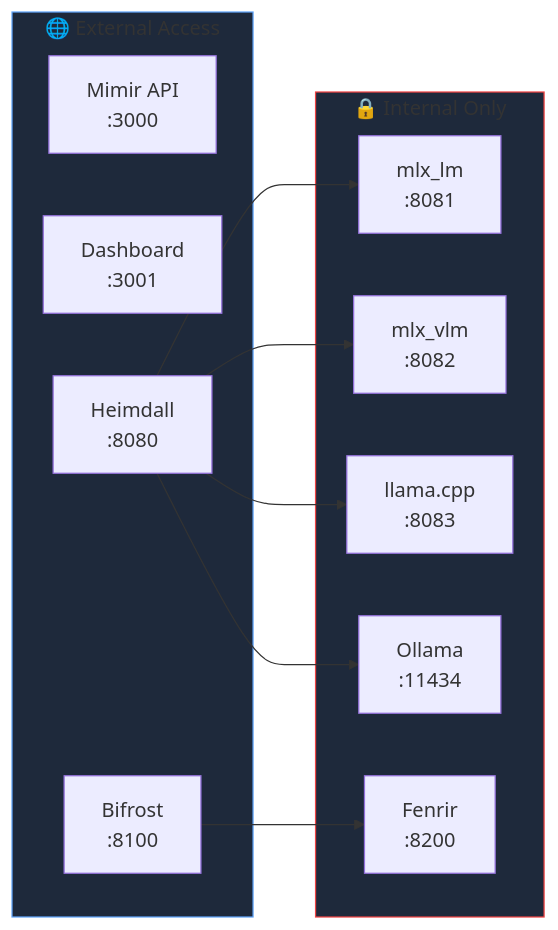
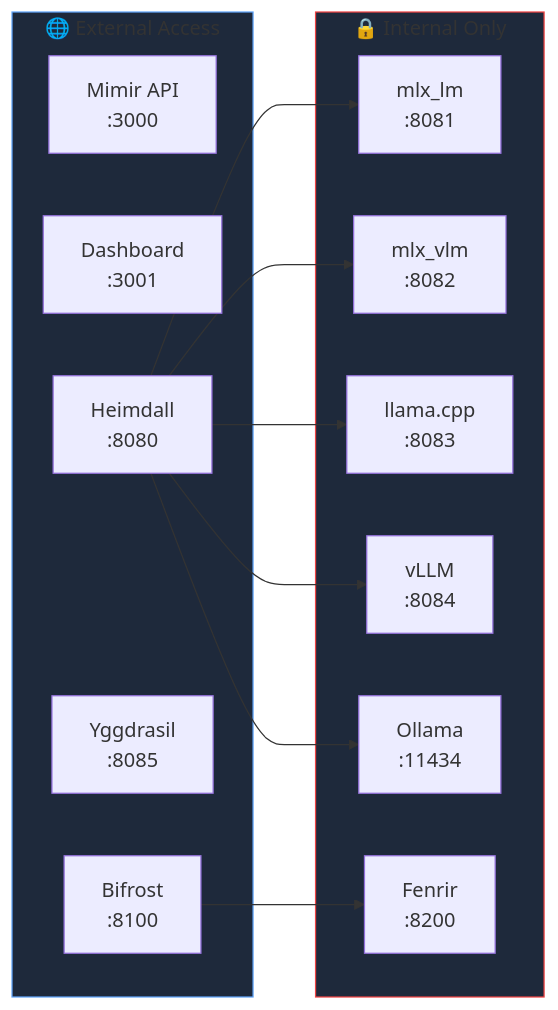
Before and after one commit to MegaWiz-Dev-Team/Asgard: the seventh of 7 diagrams in docs/architecture.md, drawn with Mermaid. The commit also changed other lines of this file and 12 other files, not shown here.

````diff
--- a/docs/architecture.md
+++ b/docs/architecture.md
@@ -275,26 +287,29 @@
 ```mermaid
 graph LR
     subgraph exposed["🌐 External Access"]
         P3000["Mimir API<br/>:3000"]
         P3001["Dashboard<br/>:3001"]
         P8080["Heimdall<br/>:8080"]
+        P8085["Yggdrasil<br/>:8085"]
         P8100["Bifrost<br/>:8100"]
     end
 
     subgraph internal["🔒 Internal Only"]
         P8081["mlx_lm<br/>:8081"]
         P8082["mlx_vlm<br/>:8082"]
         P8083["llama.cpp<br/>:8083"]
+        P8084["vLLM<br/>:8084"]
         P11434["Ollama<br/>:11434"]
         P8200["Fenrir<br/>:8200"]
     end
 
     P8080 --> P8081
     P8080 --> P8082
     P8080 --> P8083
+    P8080 --> P8084
     P8080 --> P11434
     P8100 --> P8200
 
     style exposed fill:#1e293b,stroke:#60a5fa
     style internal fill:#1e293b,stroke:#ef4444
 ```
````
